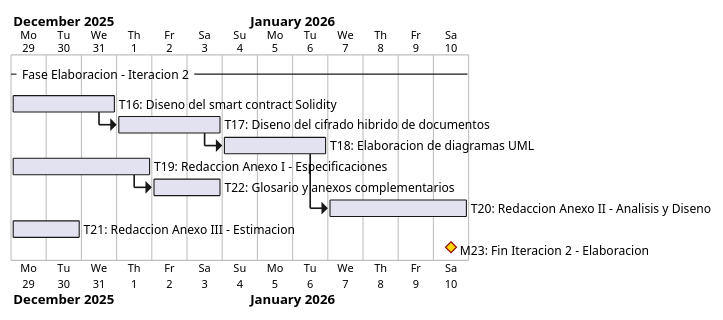
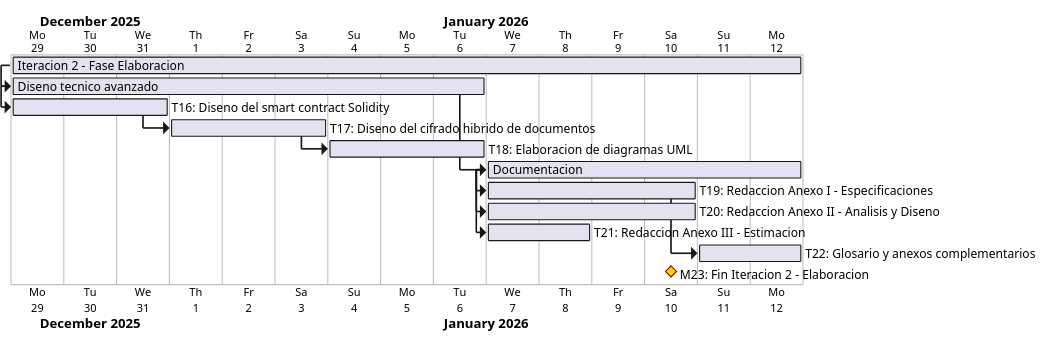
The diagram in anexos/diagramas/gantt-elab2.puml (ErDeivih/DocumentChain), drawn with PlantUML before and after one commit. The commit also changed 214 other files, not shown here.

```diff
--- a/anexos/diagramas/gantt-elab2.puml
+++ b/anexos/diagramas/gantt-elab2.puml
@@ -1,17 +1,30 @@
 @startgantt
 skinparam backgroundColor White
-printscale daily zoom 2
+printscale daily zoom 3
 Project starts 2025-12-29
 
--- Fase Elaboracion - Iteracion 2 --
+[Iteracion 2 - Fase Elaboracion] lasts 15 days
+
+[Diseno tecnico avanzado] lasts 9 days
+[Diseno tecnico avanzado] starts at [Iteracion 2 - Fase Elaboracion]'s start
 [T16: Diseno del smart contract Solidity] lasts 3 days
-then [T17: Diseno del cifrado hibrido de documentos] lasts 3 days
-then [T18: Elaboracion de diagramas UML] lasts 3 days
+[T16: Diseno del smart contract Solidity] starts at [Diseno tecnico avanzado]'s start
+[T17: Diseno del cifrado hibrido de documentos] lasts 3 days
+[T17: Diseno del cifrado hibrido de documentos] starts at [T16: Diseno del smart contract Solidity]'s end
+[T18: Elaboracion de diagramas UML] lasts 3 days
+[T18: Elaboracion de diagramas UML] starts at [T17: Diseno del cifrado hibrido de documentos]'s end
+
+[Documentacion] lasts 6 days
+[Documentacion] starts at [Diseno tecnico avanzado]'s end
 [T19: Redaccion Anexo I - Especificaciones] lasts 4 days
-then [T22: Glosario y anexos complementarios] lasts 2 days
+[T19: Redaccion Anexo I - Especificaciones] starts at [Documentacion]'s start
 [T20: Redaccion Anexo II - Analisis y Diseno] lasts 4 days
-[T20: Redaccion Anexo II - Analisis y Diseno] starts at [T18: Elaboracion de diagramas UML]'s end
+[T20: Redaccion Anexo II - Analisis y Diseno] starts at [Documentacion]'s start
 [T21: Redaccion Anexo III - Estimacion] lasts 2 days
+[T21: Redaccion Anexo III - Estimacion] starts at [Documentacion]'s start
+[T22: Glosario y anexos complementarios] lasts 2 days
+[T22: Glosario y anexos complementarios] starts at [T19: Redaccion Anexo I - Especificaciones]'s end
+
 [M23: Fin Iteracion 2 - Elaboracion] happens at [T20: Redaccion Anexo II - Analisis y Diseno]'s end
 [M23: Fin Iteracion 2 - Elaboracion] is colored in Gold/DarkRed
 @endgantt
```
